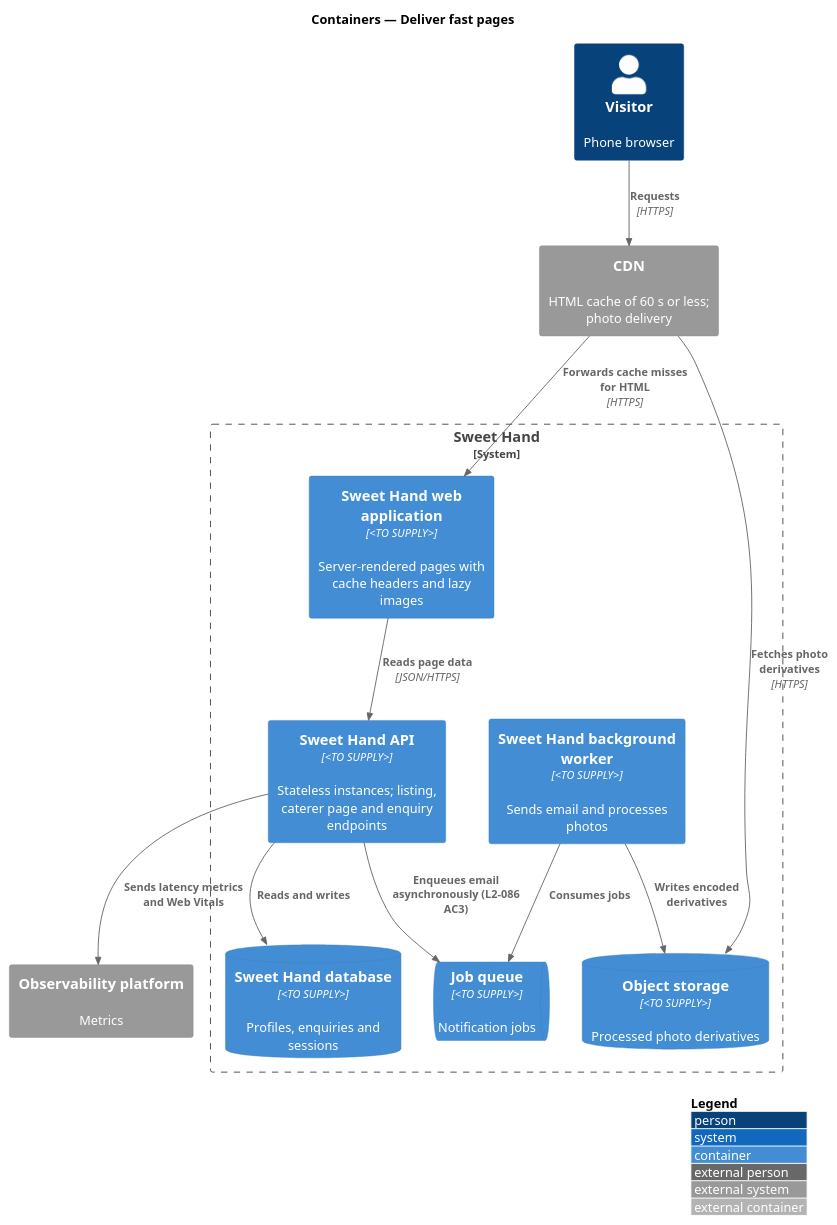
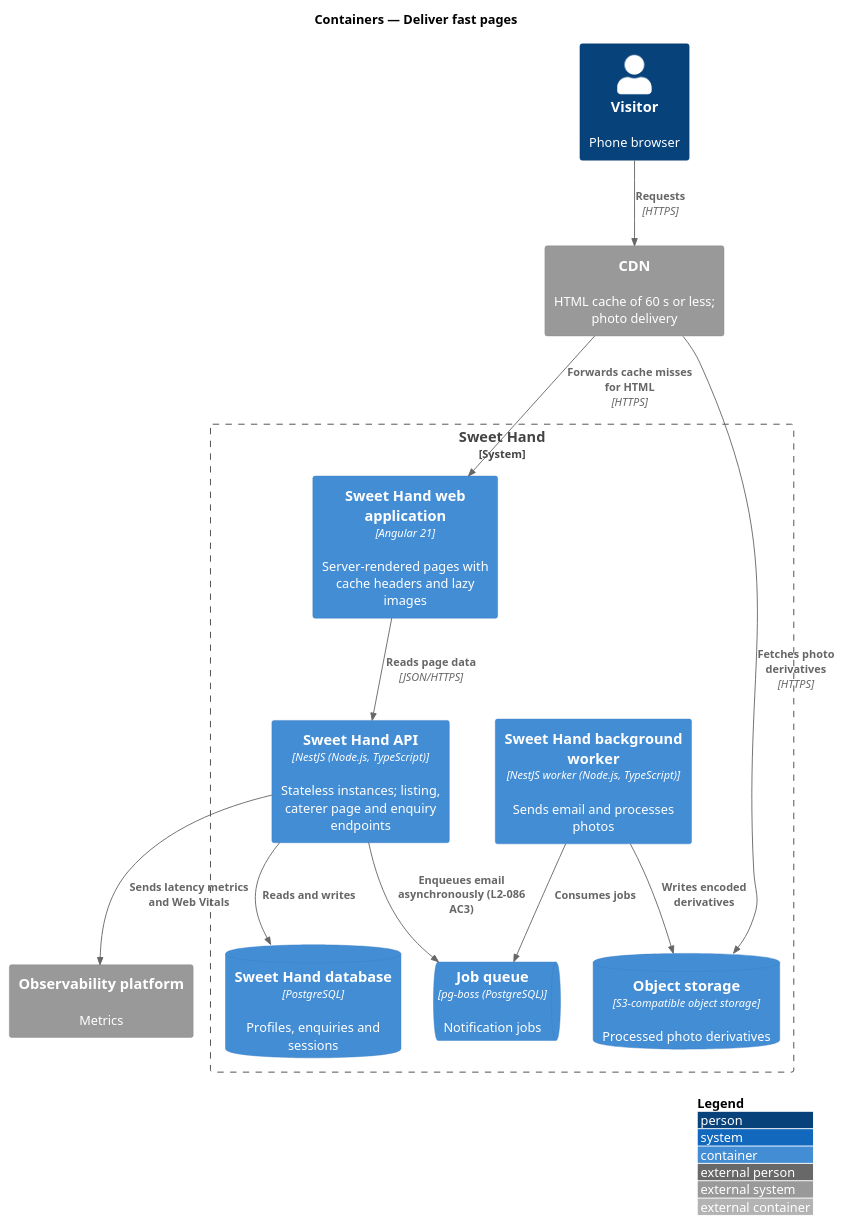
Before and after one commit to QuinntyneBrown/sweet-hand: the diagram in docs/detailed-designs/platform/deliver-fast-pages/diagrams/c4-container.puml, drawn with PlantUML. The commit also changed 34 other files, not shown here.

```diff
--- a/docs/detailed-designs/platform/deliver-fast-pages/diagrams/c4-container.puml
+++ b/docs/detailed-designs/platform/deliver-fast-pages/diagrams/c4-container.puml
@@ -1,27 +1,27 @@
 @startuml
 !include <C4/C4_Container>
 LAYOUT_WITH_LEGEND()
 title Containers — Deliver fast pages
 
 Person(visitor, "Visitor", "Phone browser")
 System_Ext(cdn, "CDN", "HTML cache of 60 s or less; photo delivery")
 System_Ext(obs, "Observability platform", "Metrics")
 System_Boundary(sweethand, "Sweet Hand") {
-  Container(web, "Sweet Hand web application", "<TO SUPPLY>", "Server-rendered pages with cache headers and lazy images")
-  Container(api, "Sweet Hand API", "<TO SUPPLY>", "Stateless instances; listing, caterer page and enquiry endpoints")
-  ContainerDb(db, "Sweet Hand database", "<TO SUPPLY>", "Profiles, enquiries and sessions")
-  ContainerQueue(queue, "Job queue", "<TO SUPPLY>", "Notification jobs")
-  Container(worker, "Sweet Hand background worker", "<TO SUPPLY>", "Sends email and processes photos")
-  ContainerDb(storage, "Object storage", "<TO SUPPLY>", "Processed photo derivatives")
+  Container(web, "Sweet Hand web application", "Angular 21", "Server-rendered pages with cache headers and lazy images")
+  Container(api, "Sweet Hand API", "NestJS (Node.js, TypeScript)", "Stateless instances; listing, caterer page and enquiry endpoints")
+  ContainerDb(db, "Sweet Hand database", "PostgreSQL", "Profiles, enquiries and sessions")
+  ContainerQueue(queue, "Job queue", "pg-boss (PostgreSQL)", "Notification jobs")
+  Container(worker, "Sweet Hand background worker", "NestJS worker (Node.js, TypeScript)", "Sends email and processes photos")
+  ContainerDb(storage, "Object storage", "S3-compatible object storage", "Processed photo derivatives")
 }
 
 Rel(visitor, cdn, "Requests", "HTTPS")
 Rel(cdn, web, "Forwards cache misses for HTML", "HTTPS")
 Rel(cdn, storage, "Fetches photo derivatives", "HTTPS")
 Rel(web, api, "Reads page data", "JSON/HTTPS")
 Rel(api, db, "Reads and writes")
 Rel(api, queue, "Enqueues email asynchronously (L2-086 AC3)")
 Rel(worker, queue, "Consumes jobs")
 Rel(worker, storage, "Writes encoded derivatives")
 Rel(api, obs, "Sends latency metrics and Web Vitals")
 @enduml
```
